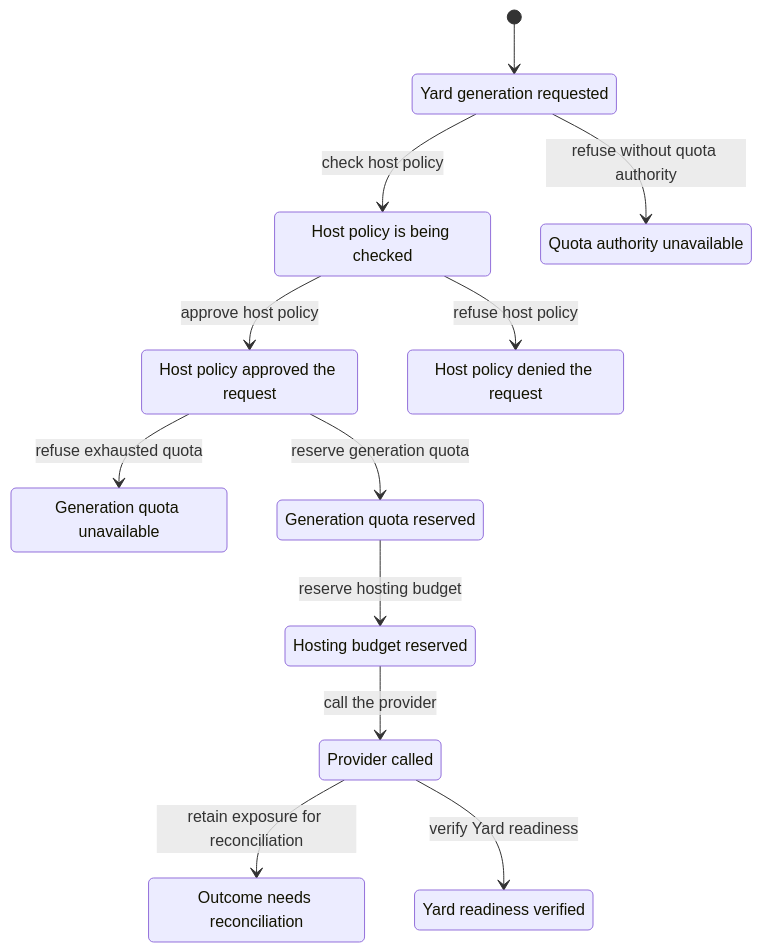
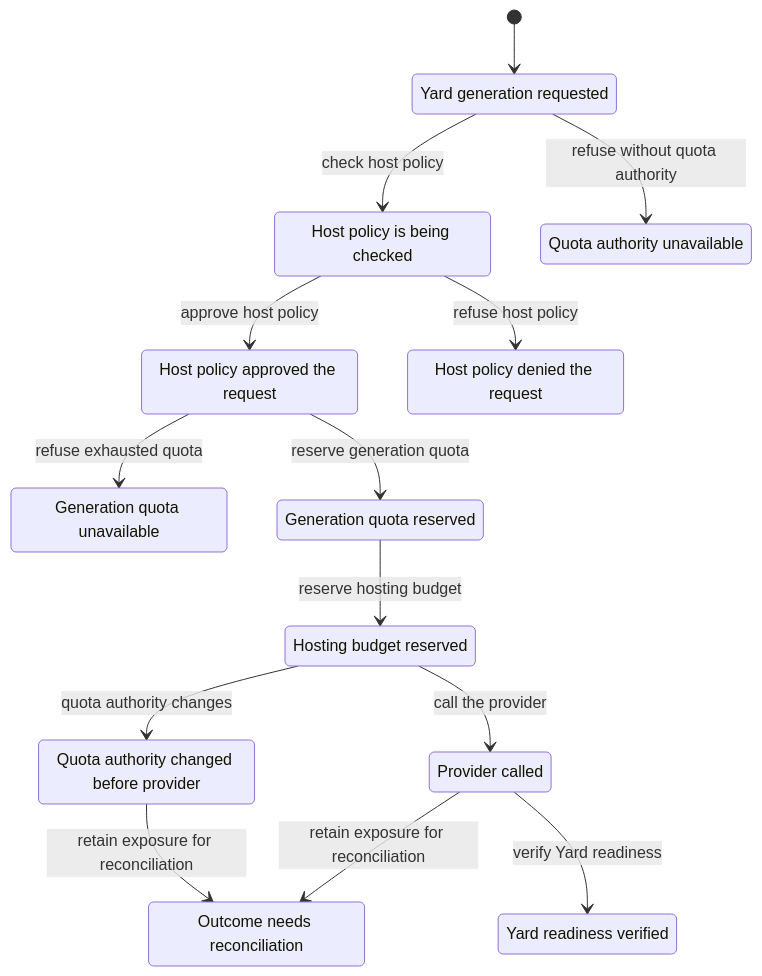
Before and after one commit to Hobo-Labs/HoBo: diagram 16 of 41 in packages/broker/README.md, drawn with Mermaid. The commit also changed other lines of this file and 2 other files, not shown here.

Commit message:
Recheck generation authority at provider call

````diff
--- a/packages/broker/README.md
+++ b/packages/broker/README.md
@@ -445,25 +446,28 @@
 ```mermaid
 stateDiagram-v2
   s0: Yard generation requested
   s1: Host policy is being checked
   s2: Quota authority unavailable
   s3: Host policy approved the request
   s4: Host policy denied the request
   s5: Generation quota unavailable
   s6: Generation quota reserved
   s7: Hosting budget reserved
-  s8: Provider called
-  s9: Yard readiness verified
-  s10: Outcome needs reconciliation
+  s8: Quota authority changed before provider
+  s9: Provider called
+  s10: Yard readiness verified
+  s11: Outcome needs reconciliation
   [*] --> s0
   s0 --> s2: refuse without quota authority
   s0 --> s1: check host policy
   s1 --> s4: refuse host policy
   s1 --> s3: approve host policy
   s3 --> s5: refuse exhausted quota
   s3 --> s6: reserve generation quota
   s6 --> s7: reserve hosting budget
-  s7 --> s8: call the provider
-  s8 --> s10: retain exposure for reconciliation
-  s8 --> s9: verify Yard readiness
+  s7 --> s8: quota authority changes
+  s7 --> s9: call the provider
+  s8 --> s11: retain exposure for reconciliation
+  s9 --> s11: retain exposure for reconciliation
+  s9 --> s10: verify Yard readiness
 ```
````
